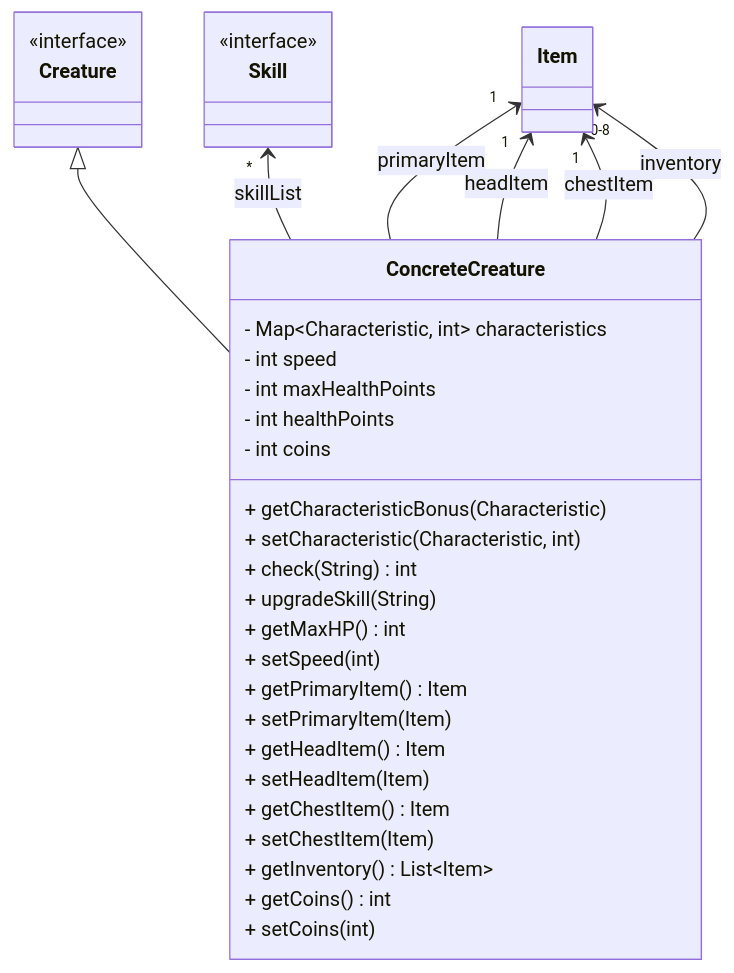
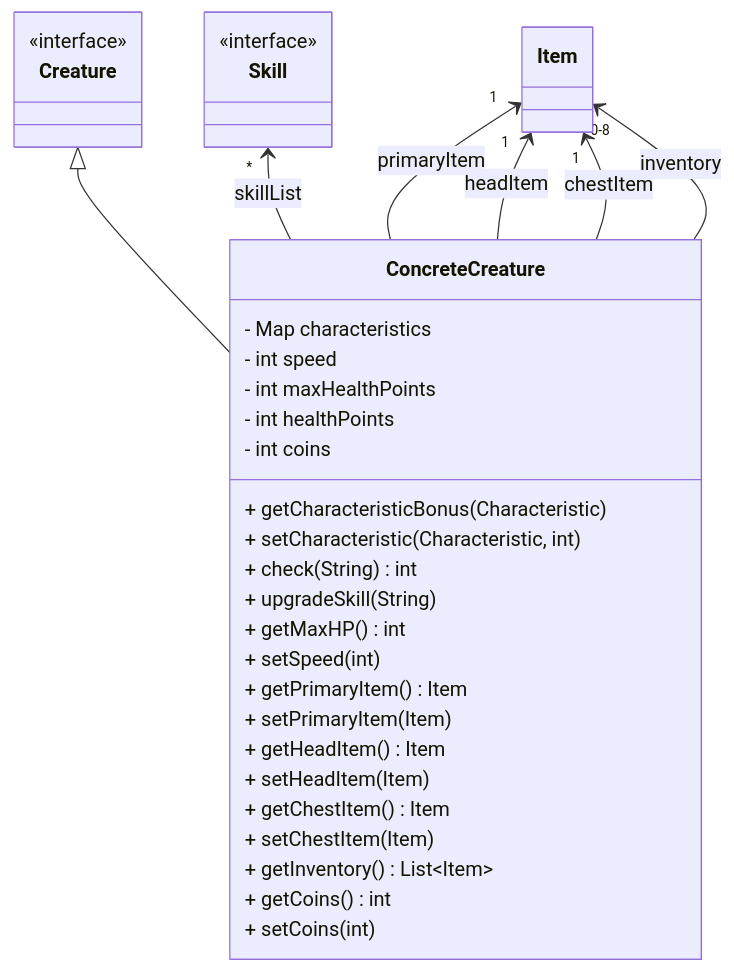
Before and after one commit to StrangeClone/GreatGame: diagram 11 of 37 in documentation/Version_0_1.md, drawn with Mermaid. The commit also changed other lines of this file, not shown here.

````diff
--- a/documentation/Version_0_1.md
+++ b/documentation/Version_0_1.md
@@ -425,37 +425,37 @@
 ```mermaid
 classDiagram
     class Creature {
         <<interface>>
     }
     class Skill {
         <<interface>>
     }
     class ConcreteCreature {
-        - Map~Characteristic, int~ characteristics
+        - Map<Characteristic,int> characteristics
         - int speed
         - int maxHealthPoints
         - int healthPoints
         - int coins
         + getCharacteristicBonus(Characteristic)
         + setCharacteristic(Characteristic, int)
         + check(String) int
         + upgradeSkill(String)
         + getMaxHP() int
         + setSpeed(int)
         + getPrimaryItem() Item
         + setPrimaryItem(Item)
         + getHeadItem() Item
         + setHeadItem(Item)
         + getChestItem() Item
         + setChestItem(Item)
         + getInventory() List~Item~
         + getCoins() int
         + setCoins(int)
     }
     Creature <|-- ConcreteCreature
     Skill "*" <-- ConcreteCreature : skillList
     Item "1" <-- ConcreteCreature : primaryItem
     Item "1" <-- ConcreteCreature : headItem
     Item "1" <-- ConcreteCreature : chestItem
     Item "0-8" <-- ConcreteCreature : inventory
 ```
````
